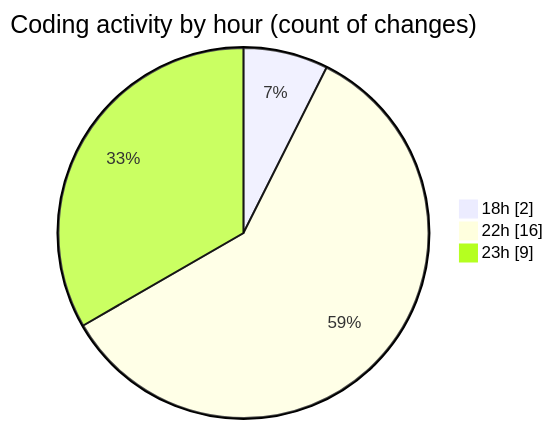
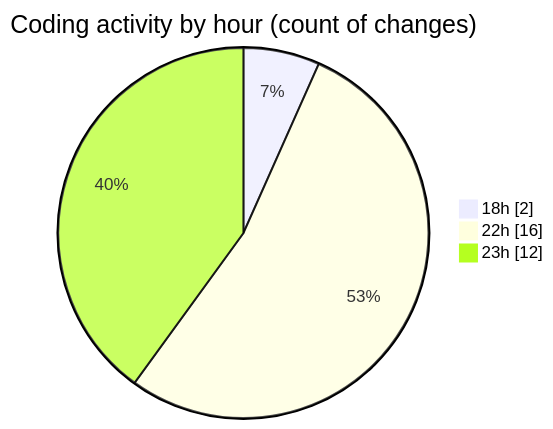
One commit to julien-gomy/code-tracking changed the second of 2 diagrams in 2025-11-17/cdp_aleoudev_fr__workspace_/README.md. Above: the diagram before and after it, drawn with Mermaid. The commit also changed other lines of this file and 1 other file, not shown here.

````diff
--- a/2025-11-17/cdp_aleoudev_fr__workspace_/README.md
+++ b/2025-11-17/cdp_aleoudev_fr__workspace_/README.md
@@ -36,7 +38,7 @@
 ```mermaid
 pie showData
 title Coding activity by hour (count of changes)
 "18h" : 2
 "22h" : 16
-"23h" : 9
+"23h" : 12
 ```
````
